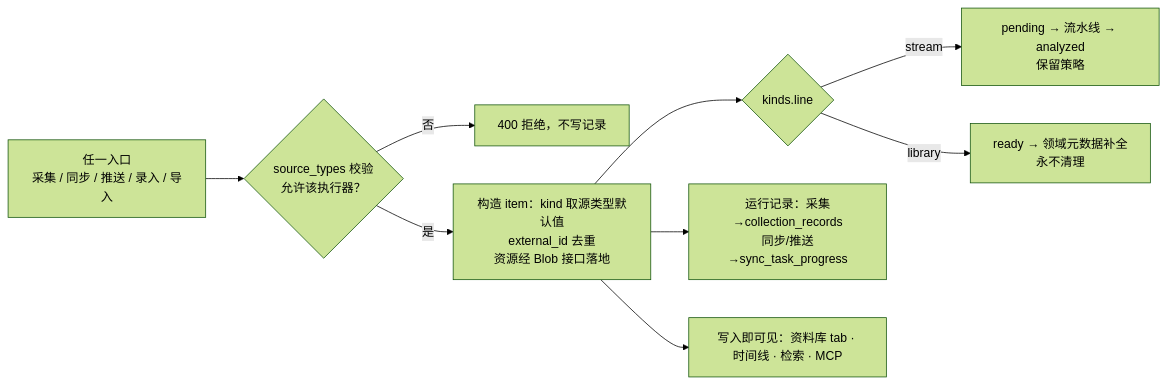
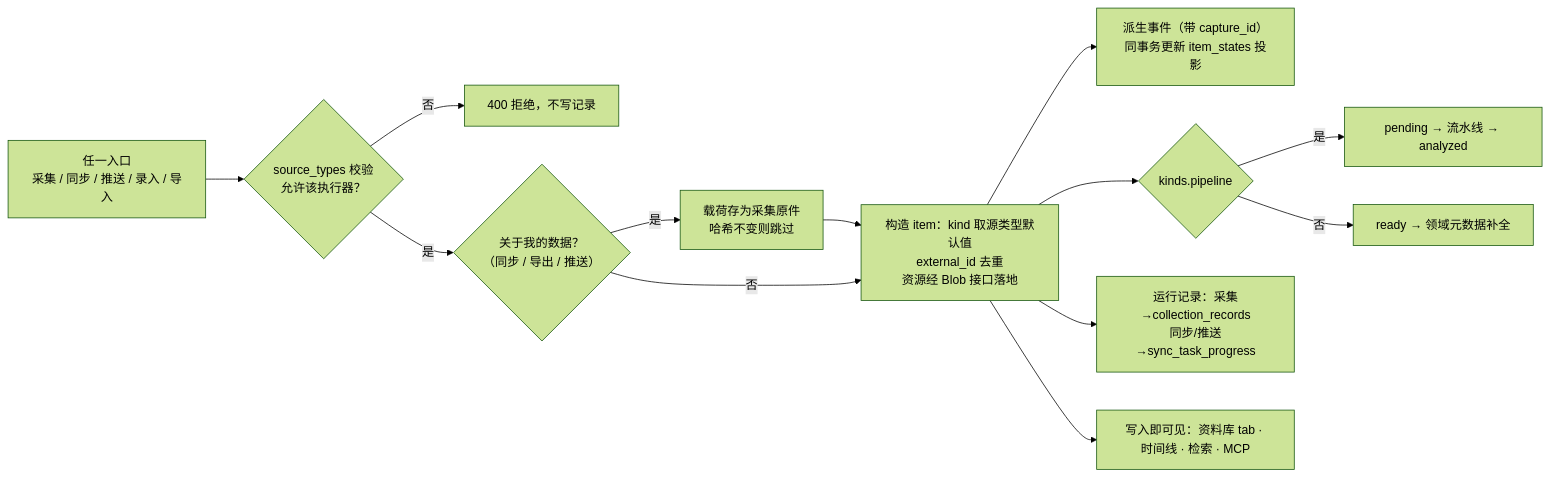
One commit to keylin/allin-one changed the first of 4 diagrams in docs/design_data_model.md. Above: the diagram before and after it, drawn with Mermaid (forest theme). The commit also changed other lines of this file and 1 other file, not shown here.

Commit message:
docs: design_data_model v1.1——按 the-one 决策 D12–D21 回填（事件为真相、状态为投影、采集原件、策略字段、brief kind、推迟项）

````diff
--- a/docs/design_data_model.md
+++ b/docs/design_data_model.md
@@ -182,11 +283,14 @@
 ```mermaid
 flowchart LR
   A["任一入口<br/>采集 / 同步 / 推送 / 录入 / 导入"] --> B{"source_types 校验<br/>允许该执行器？"}
   B -->|否| X["400 拒绝，不写记录"]
-  B -->|是| C["构造 item：kind 取源类型默认值<br/>external_id 去重<br/>资源经 Blob 接口落地"]
-  C --> D{"kinds.line"}
-  D -->|stream| E["pending → 流水线 → analyzed<br/>保留策略"]
-  D -->|library| F["ready → 领域元数据补全<br/>永不清理"]
+  B -->|是| CAP{"关于我的数据？<br/>（同步 / 导出 / 推送）"}
+  CAP -->|是| CP["载荷存为采集原件<br/>哈希不变则跳过"] --> C
+  CAP -->|否| C["构造 item：kind 取源类型默认值<br/>external_id 去重<br/>资源经 Blob 接口落地"]
+  C --> EV["派生事件（带 capture_id）<br/>同事务更新 item_states 投影"]
+  C --> D{"kinds.pipeline"}
+  D -->|是| E["pending → 流水线 → analyzed"]
+  D -->|否| F["ready → 领域元数据补全"]
   C --> G["运行记录：采集→collection_records<br/>同步/推送→sync_task_progress"]
   C --> H["写入即可见：资料库 tab · 时间线 · 检索 · MCP"]
 ```
````
